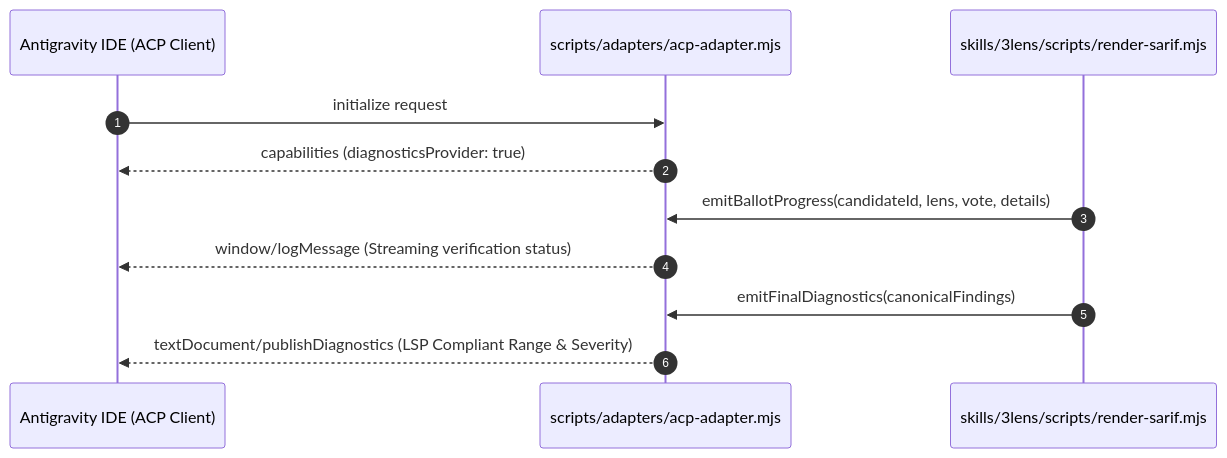
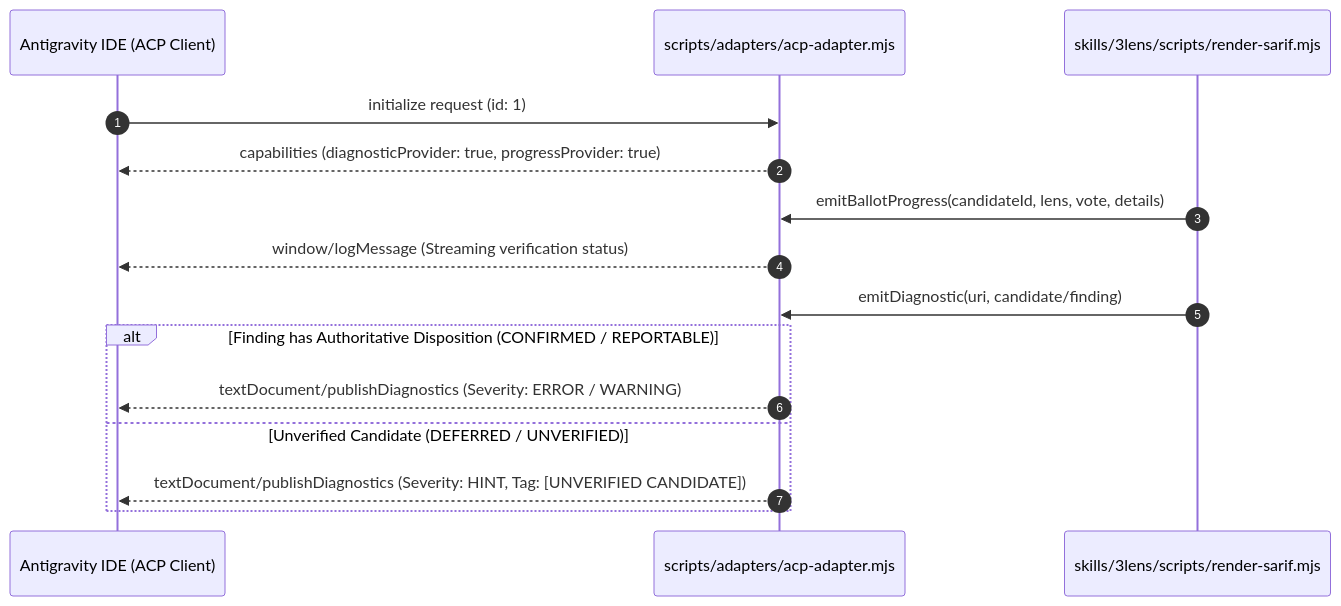
The third of 3 diagrams in reports/multi-tier-effort-empirical-benchmark-2026-11.md (arcobaleno64/three-lens), drawn with Mermaid before and after one commit. The commit also changed other lines of this file and 10 other files, not shown here.

Commit message:
fix(m55): remediate Review R01 findings (F01-F08) across upstream OSS provenance, ACP authority gate, and Default-Deny clean assurance

````diff
--- a/reports/multi-tier-effort-empirical-benchmark-2026-11.md
+++ b/reports/multi-tier-effort-empirical-benchmark-2026-11.md
@@ -143,14 +153,18 @@
 ```mermaid
 sequenceDiagram
     autonumber
     participant IDE as Antigravity IDE (ACP Client)
     participant ACP as scripts/adapters/acp-adapter.mjs
     participant Finalizer as skills/3lens/scripts/render-sarif.mjs
     
-    IDE->>ACP: initialize request
-    ACP-->>IDE: capabilities (diagnosticsProvider: true)
+    IDE->>ACP: initialize request (id: 1)
+    ACP-->>IDE: capabilities (diagnosticProvider: true, progressProvider: true)
     Finalizer->>ACP: emitBallotProgress(candidateId, lens, vote, details)
     ACP-->>IDE: window/logMessage (Streaming verification status)
-    Finalizer->>ACP: emitFinalDiagnostics(canonicalFindings)
-    ACP-->>IDE: textDocument/publishDiagnostics (LSP Compliant Range & Severity)
+    Finalizer->>ACP: emitDiagnostic(uri, candidate/finding)
+    alt Finding has Authoritative Disposition (CONFIRMED / REPORTABLE)
+        ACP-->>IDE: textDocument/publishDiagnostics (Severity: ERROR / WARNING)
+    else Unverified Candidate (DEFERRED / UNVERIFIED)
+        ACP-->>IDE: textDocument/publishDiagnostics (Severity: HINT, Tag: [UNVERIFIED CANDIDATE])
+    end
 ```
````
